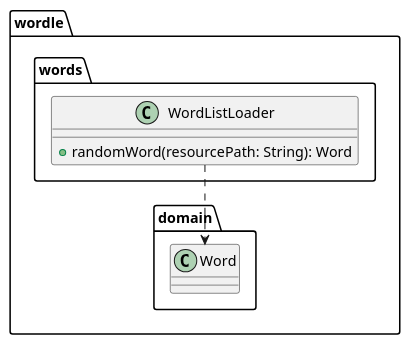
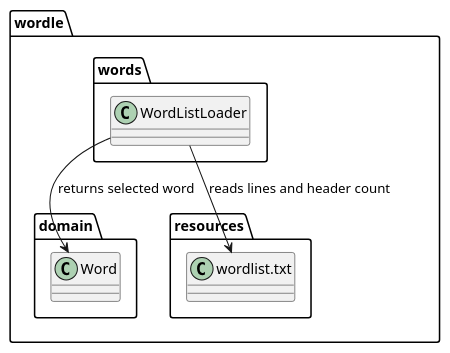
The diagram in examples/wordle/tasks/done/003-implement-word-list-loader-and-validation.md (dpolivaev/spec-loop), drawn with PlantUML before and after one commit. The commit also changed other lines of this file and 7 other files, not shown here.

````diff
--- a/examples/wordle/tasks/done/003-implement-word-list-loader-and-validation.md
+++ b/examples/wordle/tasks/done/003-implement-word-list-loader-and-validation.md
@@ -18,15 +20,19 @@
 ```plantuml
 @startuml
-package wordle.domain {
-  class Word
-}
-
-package wordle.words {
-  class WordListLoader {
-    + randomWord(resourcePath: String): Word
+set separator none
+package "wordle" {
+  package "domain" {
+    class Word
+  }
+  package "words" {
+    class WordListLoader
+  }
+  package "resources" {
+    class "wordlist.txt" as WordListResource
   }
 }
 
-WordListLoader ..> Word
+WordListLoader --> WordListResource : reads lines and header count
+WordListLoader --> Word : returns selected word
 @enduml
 ```
````
